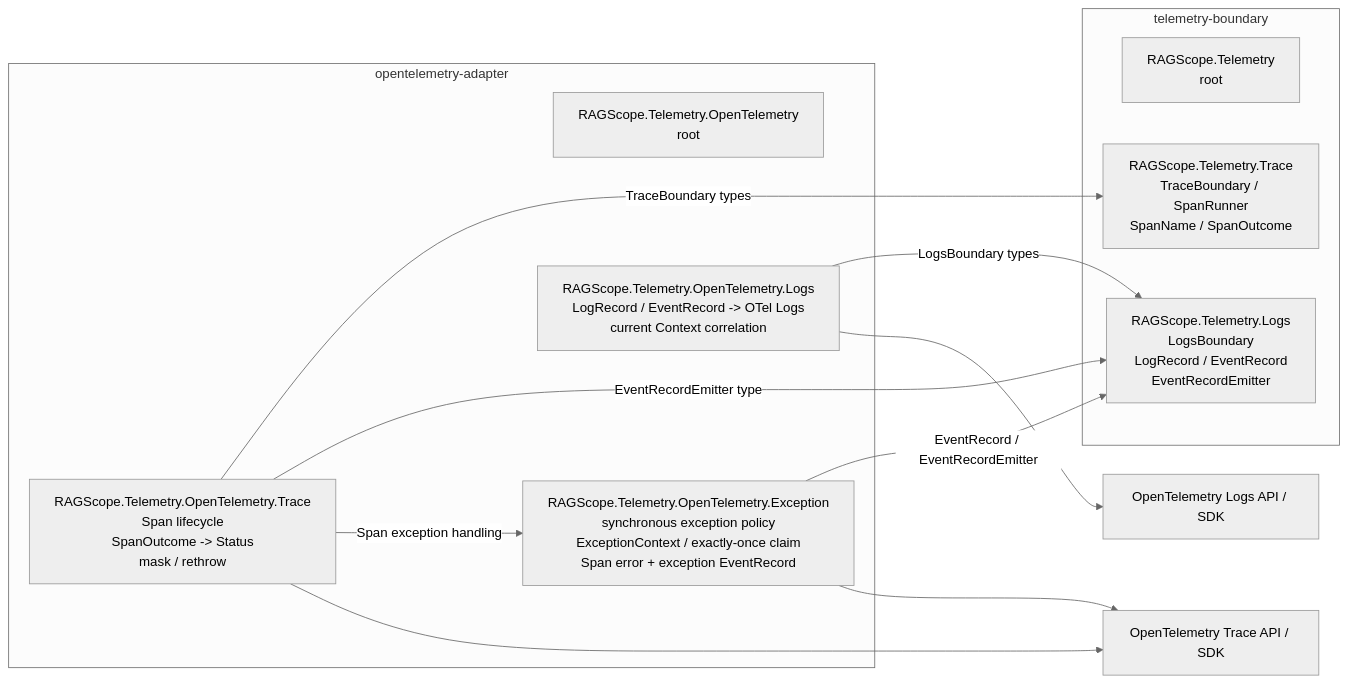
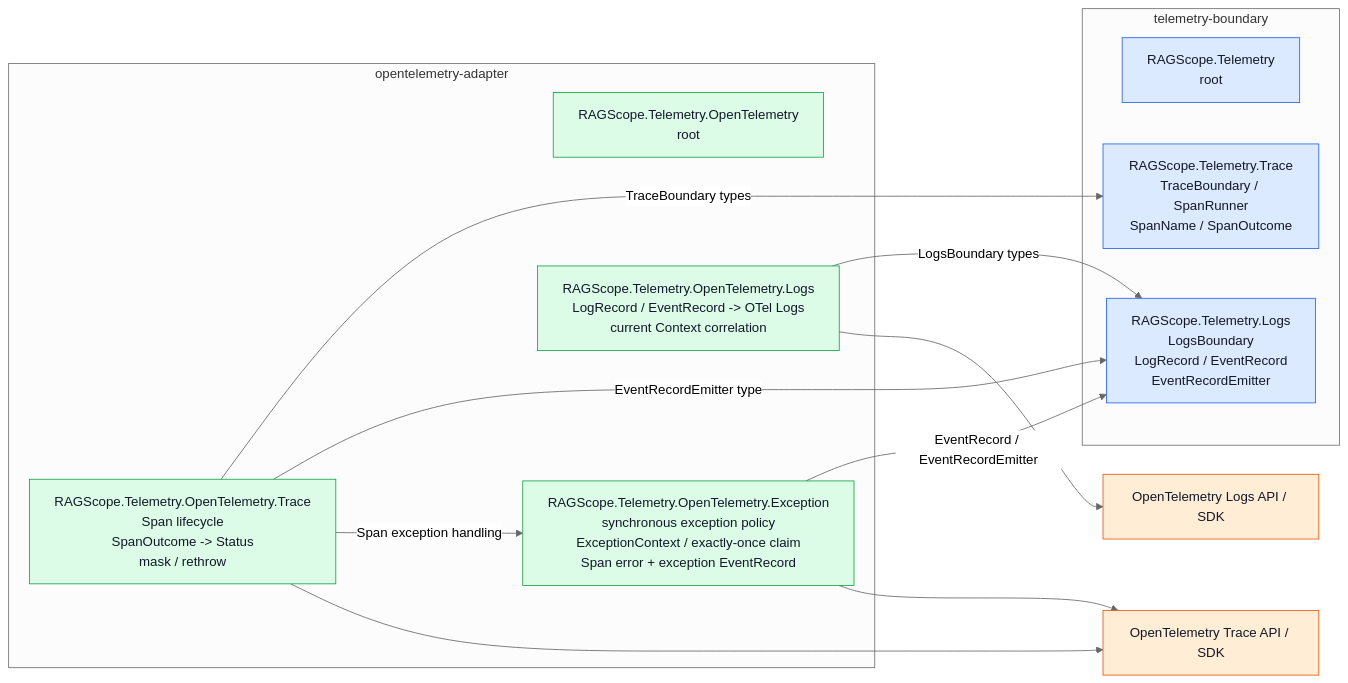
The second of 4 diagrams in Notes/RAGScope/RAGScopeアプリケーション/RAGScopeアプリケーション Haskellライブラリ・モジュールマップ.md (takashit16833/Workbench), drawn with Mermaid (neutral theme) before and after one commit. The commit also changed other lines of this file, not shown here.

Commit message:
Mermaid図に色分けを適用

````diff
--- a/Notes/RAGScope/RAGScopeアプリケーション/RAGScopeアプリケーション Haskellライブラリ・モジュールマップ.md
+++ b/Notes/RAGScope/RAGScopeアプリケーション/RAGScopeアプリケーション Haskellライブラリ・モジュールマップ.md
@@ -35,25 +47,33 @@
 ```mermaid
 flowchart LR
   subgraph boundary["telemetry-boundary"]
     telemetry["RAGScope.Telemetry\nroot"]
     traceBoundary["RAGScope.Telemetry.Trace\nTraceBoundary / SpanRunner\nSpanName / SpanOutcome"]
     logsBoundary["RAGScope.Telemetry.Logs\nLogsBoundary\nLogRecord / EventRecord\nEventRecordEmitter"]
   end
 
   subgraph adapter["opentelemetry-adapter"]
     otelRoot["RAGScope.Telemetry.OpenTelemetry\nroot"]
     otelTrace["RAGScope.Telemetry.OpenTelemetry.Trace\nSpan lifecycle\nSpanOutcome -> Status\nmask / rethrow"]
     otelException["RAGScope.Telemetry.OpenTelemetry.Exception\nsynchronous exception policy\nExceptionContext / exactly-once claim\nSpan error + exception EventRecord"]
     otelLogs["RAGScope.Telemetry.OpenTelemetry.Logs\nLogRecord / EventRecord -> OTel Logs\ncurrent Context correlation"]
   end
 
   otelTrace -->|TraceBoundary types| traceBoundary
   otelTrace -->|EventRecordEmitter type| logsBoundary
   otelTrace -->|Span exception handling| otelException
   otelException -->|EventRecord / EventRecordEmitter| logsBoundary
   otelLogs -->|LogsBoundary types| logsBoundary
 
   otelTrace --> otelTraceSdk["OpenTelemetry Trace API / SDK"]
   otelException --> otelTraceSdk
   otelLogs --> otelLogsSdk["OpenTelemetry Logs API / SDK"]
+
+  classDef boundaryStyle fill:#dbeafe,stroke:#2563eb,color:#111827
+  classDef adapterStyle fill:#dcfce7,stroke:#16a34a,color:#111827
+  classDef externalStyle fill:#ffedd5,stroke:#ea580c,color:#111827
+
+  class telemetry,traceBoundary,logsBoundary boundaryStyle
+  class otelRoot,otelTrace,otelException,otelLogs adapterStyle
+  class otelTraceSdk,otelLogsSdk externalStyle
 ```
````
